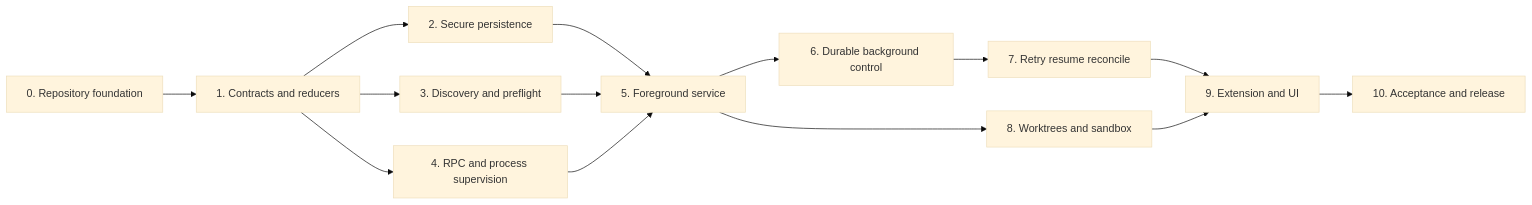
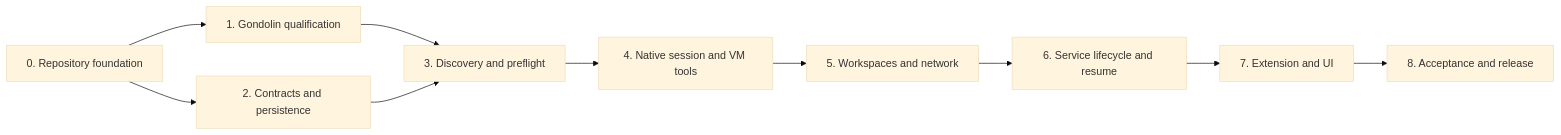
One commit to vegardx/pi-subagent changed the second of 2 diagrams in docs/implementation-plan.md. Above: the diagram before and after it, drawn with Mermaid (base theme). The commit also changed other lines of this file and 13 other files, not shown here.

Commit message:
docs: adopt Gondolin isolation architecture

````diff
--- a/docs/implementation-plan.md
+++ b/docs/implementation-plan.md
@@ -184,28 +188,22 @@
 ```mermaid
 graph LR
     D0[0. Repository foundation]
-    D1[1. Contracts and reducers]
-    D2[2. Secure persistence]
+    D1[1. Gondolin qualification]
+    D2[2. Contracts and persistence]
     D3[3. Discovery and preflight]
-    D4[4. RPC and process supervision]
-    D5[5. Foreground service]
-    D6[6. Durable background control]
-    D7[7. Retry resume reconcile]
-    D8[8. Worktrees and sandbox]
-    D9[9. Extension and UI]
-    D10[10. Acceptance and release]
+    D4[4. Native session and VM tools]
+    D5[5. Workspaces and network]
+    D6[6. Service lifecycle and resume]
+    D7[7. Extension and UI]
+    D8[8. Acceptance and release]
 
     D0 --> D1
-    D1 --> D2
+    D0 --> D2
     D1 --> D3
-    D1 --> D4
-    D2 --> D5
-    D3 --> D5
+    D2 --> D3
+    D3 --> D4
     D4 --> D5
     D5 --> D6
     D6 --> D7
-    D5 --> D8
-    D7 --> D9
-    D8 --> D9
-    D9 --> D10
+    D7 --> D8
 ```
````
